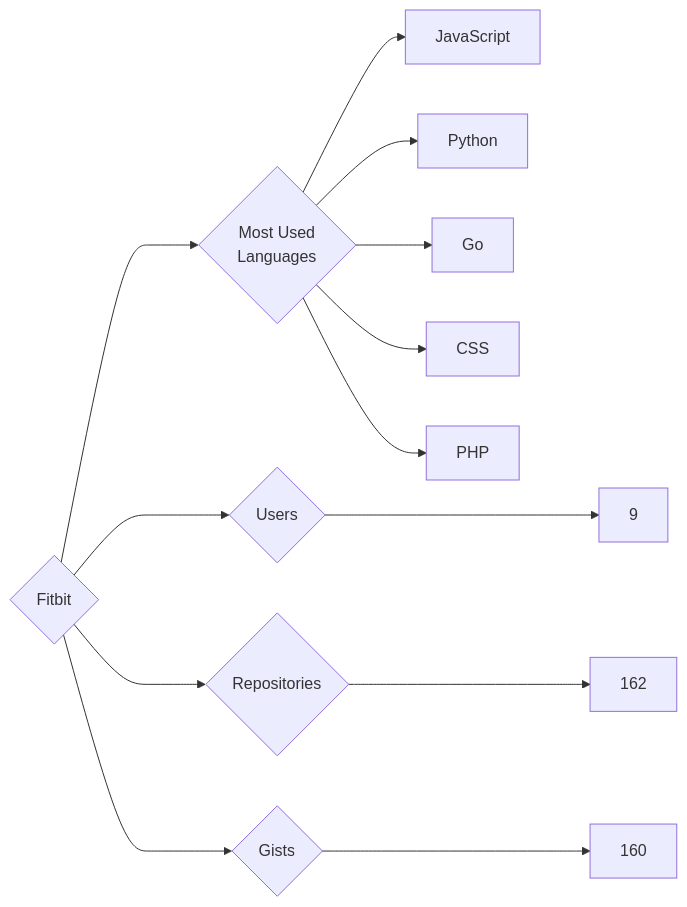
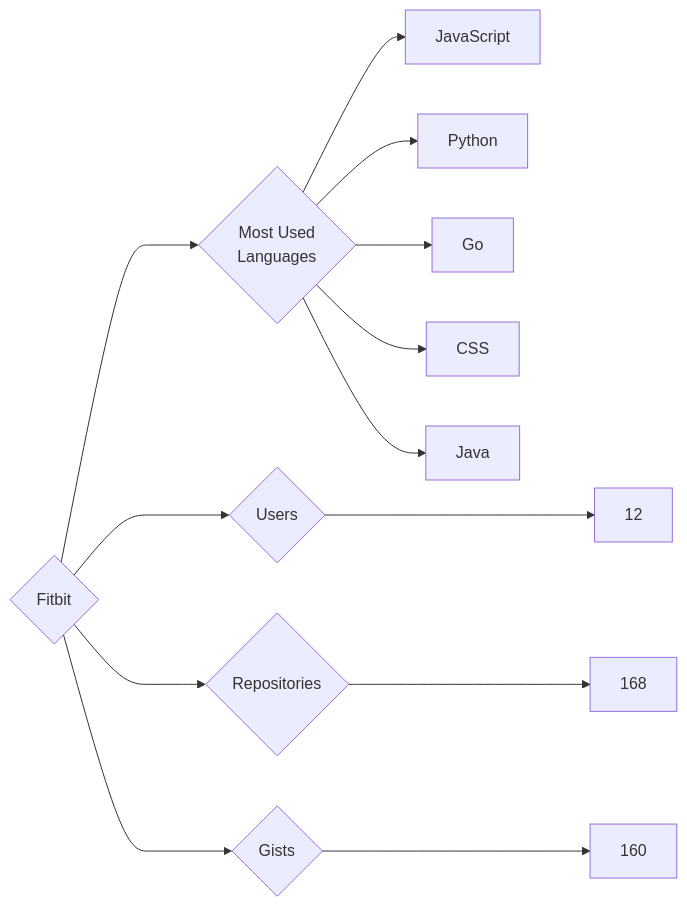
Before and after one commit to trickest/insiders: the diagram in targets/Fitbit/README.md, drawn with Mermaid. The commit also changed 1020 other files, not shown here.

````diff
--- a/targets/Fitbit/README.md
+++ b/targets/Fitbit/README.md
@@ -3,13 +3,13 @@
 ```mermaid
 graph LR
 COMPANY_NAME{Fitbit}
-COMPANY_NAME ---> U{Users} ---> UN[9]
-COMPANY_NAME ---> R{Repositories} ---> RN[162]
+COMPANY_NAME ---> U{Users} ---> UN[12]
+COMPANY_NAME ---> R{Repositories} ---> RN[168]
 COMPANY_NAME ---> G{Gists} ---> GN[160]
 COMPANY_NAME ---> ML{Most Used<br>Languages}
 ML --> JavaScript[JavaScript]
 ML --> Python[Python]
 ML --> Go[Go]
 ML --> CSS[CSS]
-ML --> PHP[PHP]
+ML --> Java[Java]
 ```
````
